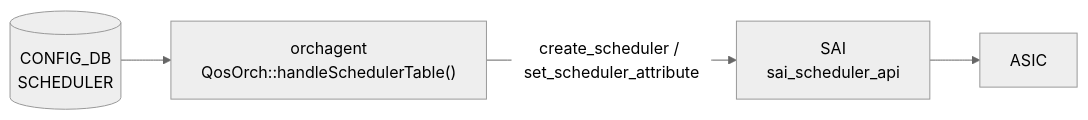
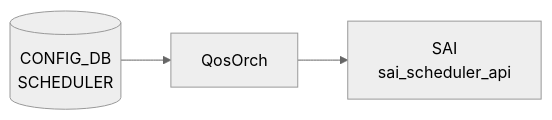
One commit to aoki-taquan/sonic-unofficial-docs changed the diagram in docs/reference/config-db/scheduler-orch.md. Above: the diagram before and after it, drawn with Mermaid (neutral theme). The commit also changed other lines of this file and 359 other files, not shown here.

````diff
--- a/docs/reference/config-db/scheduler-orch.md
+++ b/docs/reference/config-db/scheduler-orch.md
@@ -39,10 +39,8 @@
 ```mermaid
 flowchart LR
   CDB[("CONFIG_DB<br/>SCHEDULER")]
-  QO["orchagent<br/>QosOrch::handleSchedulerTable()"]
+  DM["QosOrch"]
+  CDB --> DM
   SAI["SAI<br/>sai_scheduler_api"]
-  ASIC["ASIC"]
-  CDB --> QO
-  QO -->|create_scheduler / set_scheduler_attribute| SAI
-  SAI --> ASIC
+  DM --> SAI
 ```
````
